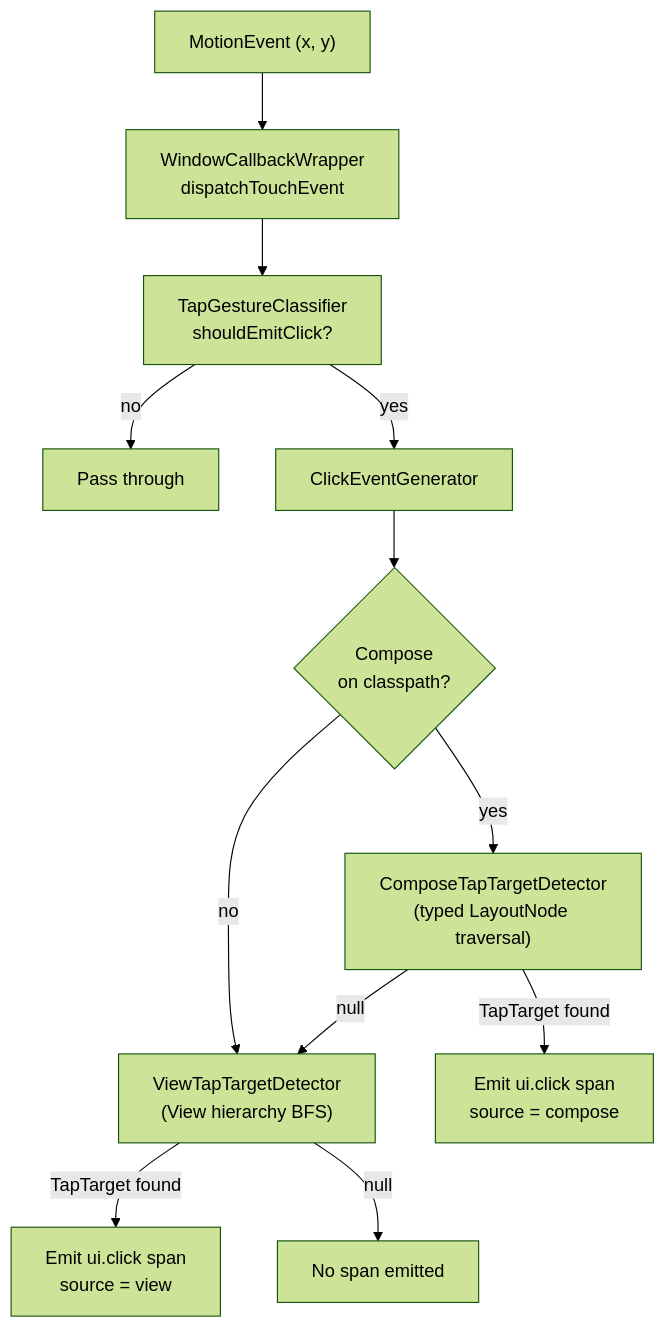
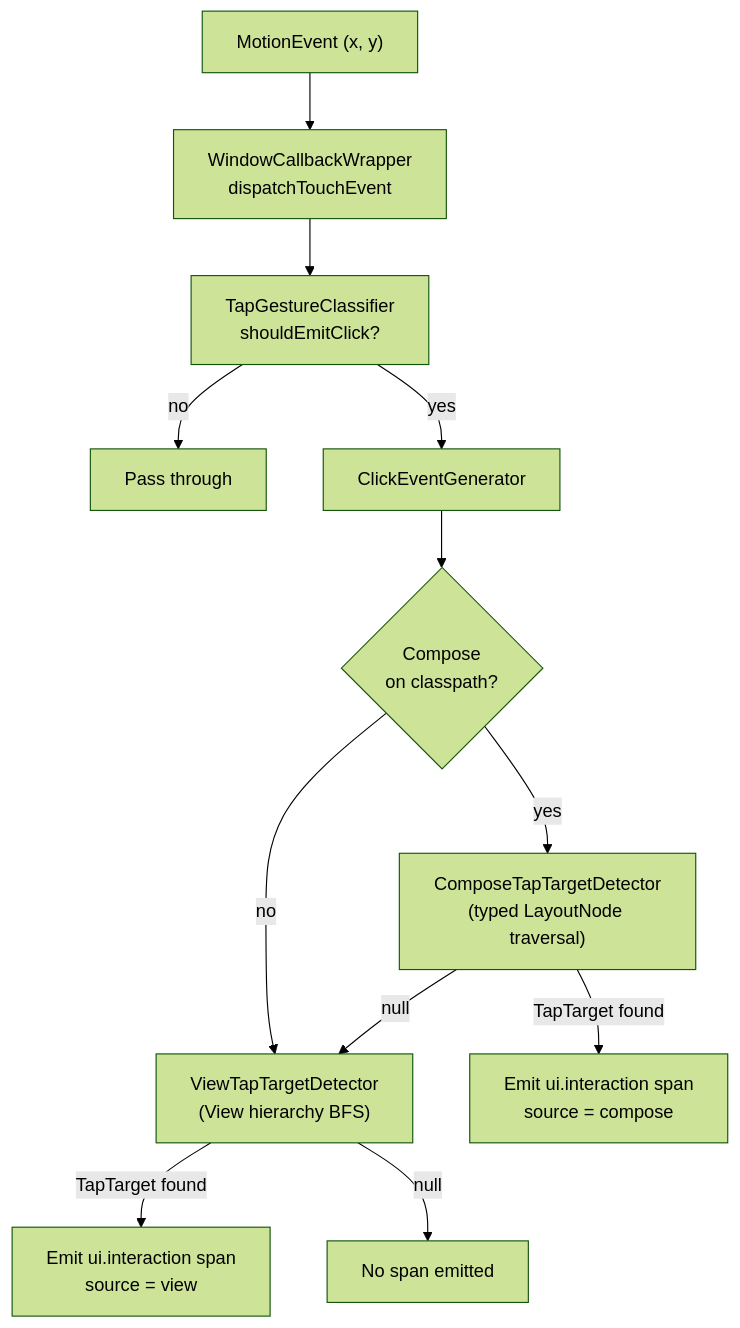
The first of 3 diagrams in instrumentation/hybrid-click/DESIGN.md (ganeshnk-vunet/opentelemetry-android), drawn with Mermaid (forest theme) before and after one commit. The commit also changed other lines of this file and 14 other files, not shown here.

First line of the commit message:
refactor(hybrid-click)!: rename ui.click span to ui.interaction

````diff
--- a/instrumentation/hybrid-click/DESIGN.md
+++ b/instrumentation/hybrid-click/DESIGN.md
@@ -60,17 +60,17 @@
 ```mermaid
 flowchart TD
     touch["MotionEvent (x, y)"] --> wrapper["WindowCallbackWrapper<br/>dispatchTouchEvent"]
     wrapper --> classifier["TapGestureClassifier<br/>shouldEmitClick?"]
     classifier -->|no| done["Pass through"]
     classifier -->|yes| orchestrator["ClickEventGenerator"]
 
     orchestrator --> composeCheck{"Compose<br/>on classpath?"}
     composeCheck -->|no| viewDet
     composeCheck -->|yes| composeDet["ComposeTapTargetDetector<br/>(typed LayoutNode traversal)"]
 
-    composeDet -->|TapTarget found| emit["Emit ui.click span<br/>source = compose"]
+    composeDet -->|TapTarget found| emit["Emit ui.interaction span<br/>source = compose"]
     composeDet -->|null| viewDet["ViewTapTargetDetector<br/>(View hierarchy BFS)"]
 
-    viewDet -->|TapTarget found| emitView["Emit ui.click span<br/>source = view"]
+    viewDet -->|TapTarget found| emitView["Emit ui.interaction span<br/>source = view"]
     viewDet -->|null| noop["No span emitted"]
 ```
````
